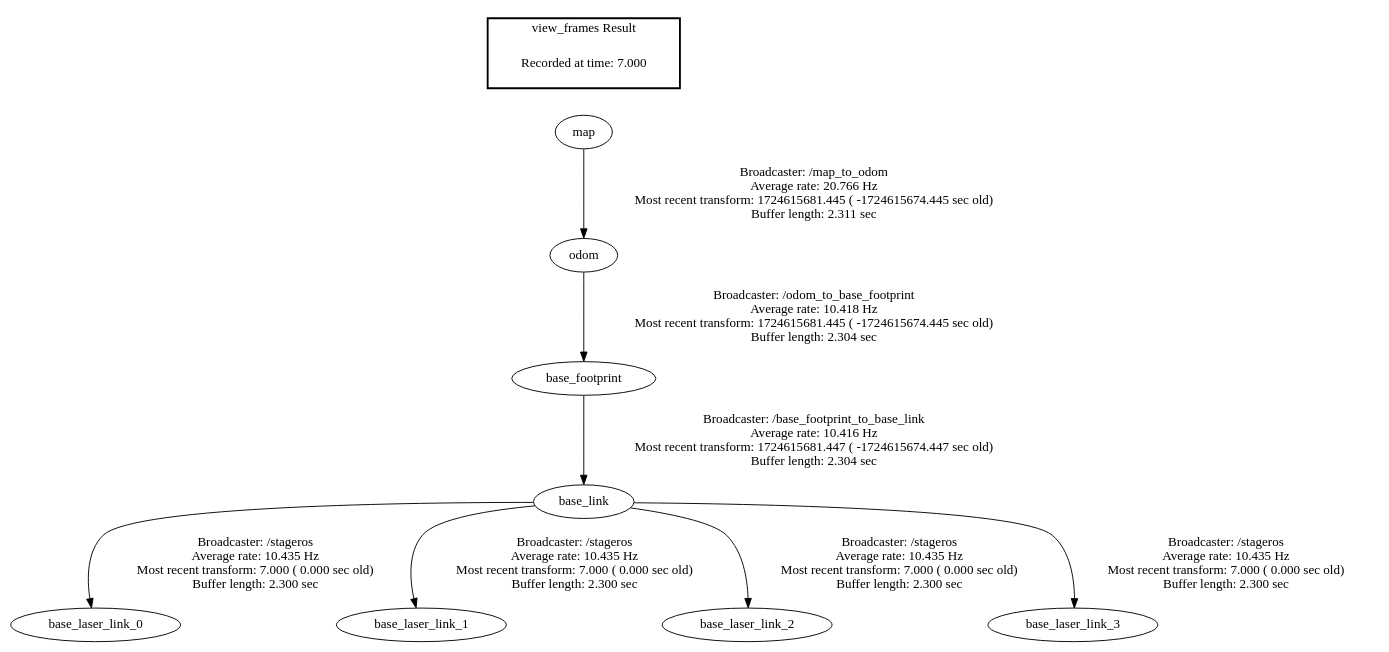
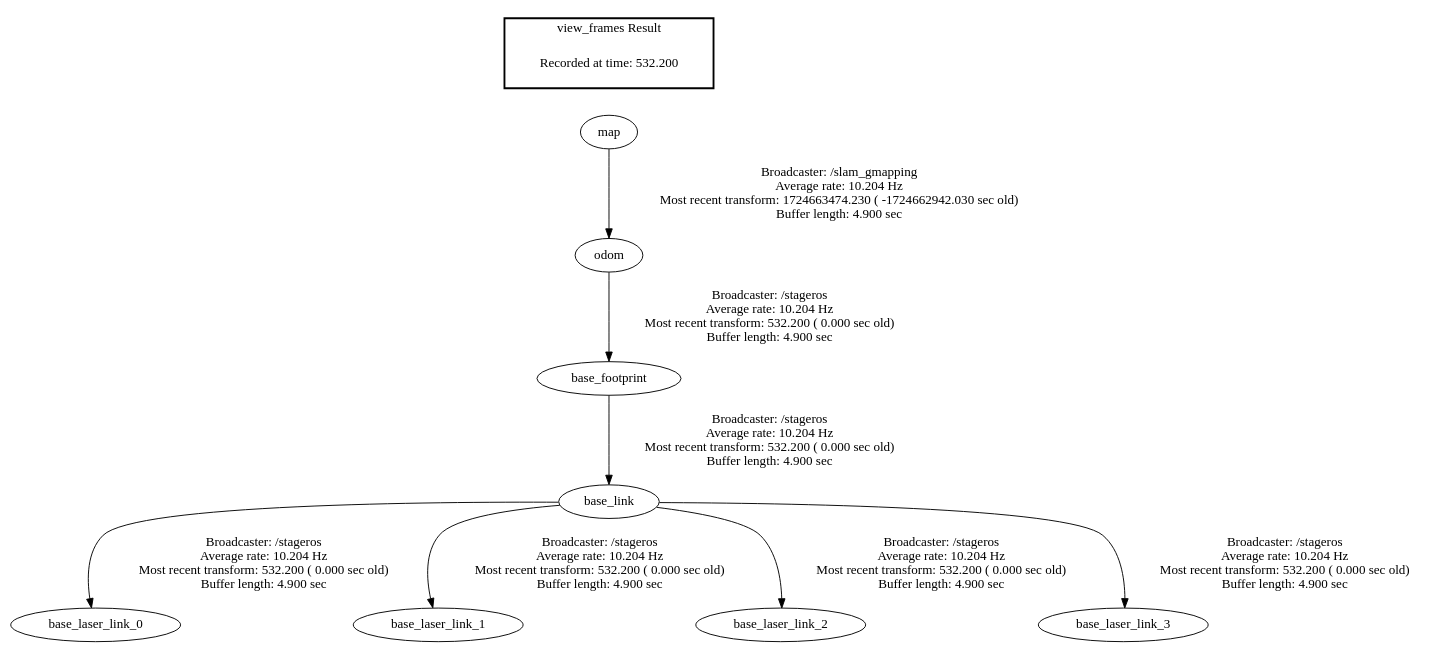
One commit to zeynelerenkinali/ros_maze_solver changed the diagram in frames.gv. Above: the diagram before and after it, drawn with Graphviz. The commit also changed 7 other files, not shown here.

```diff
--- a/frames.gv
+++ b/frames.gv
@@ -1,13 +1,13 @@
 digraph G {
-"map" -> "odom"[label="Broadcaster: /map_to_odom\nAverage rate: 20.766 Hz\nMost recent transform: 1724615681.445 ( -1724615674.445 sec old)\nBuffer length: 2.311 sec\n"];
-"odom" -> "base_footprint"[label="Broadcaster: /odom_to_base_footprint\nAverage rate: 10.418 Hz\nMost recent transform: 1724615681.445 ( -1724615674.445 sec old)\nBuffer length: 2.304 sec\n"];
-"base_footprint" -> "base_link"[label="Broadcaster: /base_footprint_to_base_link\nAverage rate: 10.416 Hz\nMost recent transform: 1724615681.447 ( -1724615674.447 sec old)\nBuffer length: 2.304 sec\n"];
-"base_link" -> "base_laser_link_0"[label="Broadcaster: /stageros\nAverage rate: 10.435 Hz\nMost recent transform: 7.000 ( 0.000 sec old)\nBuffer length: 2.300 sec\n"];
-"base_link" -> "base_laser_link_1"[label="Broadcaster: /stageros\nAverage rate: 10.435 Hz\nMost recent transform: 7.000 ( 0.000 sec old)\nBuffer length: 2.300 sec\n"];
-"base_link" -> "base_laser_link_2"[label="Broadcaster: /stageros\nAverage rate: 10.435 Hz\nMost recent transform: 7.000 ( 0.000 sec old)\nBuffer length: 2.300 sec\n"];
-"base_link" -> "base_laser_link_3"[label="Broadcaster: /stageros\nAverage rate: 10.435 Hz\nMost recent transform: 7.000 ( 0.000 sec old)\nBuffer length: 2.300 sec\n"];
+"map" -> "odom"[label="Broadcaster: /slam_gmapping\nAverage rate: 10.204 Hz\nMost recent transform: 1724663474.230 ( -1724662942.030 sec old)\nBuffer length: 4.900 sec\n"];
+"base_link" -> "base_laser_link_0"[label="Broadcaster: /stageros\nAverage rate: 10.204 Hz\nMost recent transform: 532.200 ( 0.000 sec old)\nBuffer length: 4.900 sec\n"];
+"base_footprint" -> "base_link"[label="Broadcaster: /stageros\nAverage rate: 10.204 Hz\nMost recent transform: 532.200 ( 0.000 sec old)\nBuffer length: 4.900 sec\n"];
+"base_link" -> "base_laser_link_1"[label="Broadcaster: /stageros\nAverage rate: 10.204 Hz\nMost recent transform: 532.200 ( 0.000 sec old)\nBuffer length: 4.900 sec\n"];
+"base_link" -> "base_laser_link_2"[label="Broadcaster: /stageros\nAverage rate: 10.204 Hz\nMost recent transform: 532.200 ( 0.000 sec old)\nBuffer length: 4.900 sec\n"];
+"base_link" -> "base_laser_link_3"[label="Broadcaster: /stageros\nAverage rate: 10.204 Hz\nMost recent transform: 532.200 ( 0.000 sec old)\nBuffer length: 4.900 sec\n"];
+"odom" -> "base_footprint"[label="Broadcaster: /stageros\nAverage rate: 10.204 Hz\nMost recent transform: 532.200 ( 0.000 sec old)\nBuffer length: 4.900 sec\n"];
 edge [style=invis];
  subgraph cluster_legend { style=bold; color=black; label ="view_frames Result";
-"Recorded at time: 7.000"[ shape=plaintext ] ;
+"Recorded at time: 532.200"[ shape=plaintext ] ;
  }->"map";
 }
```
